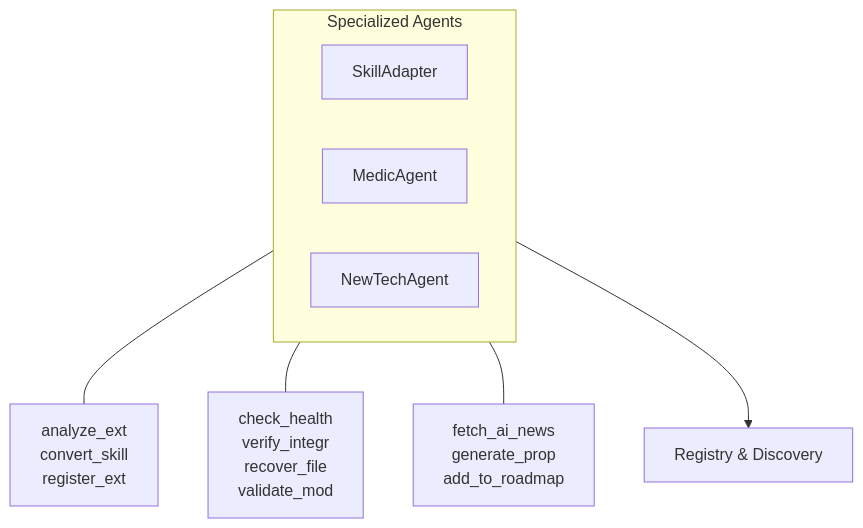
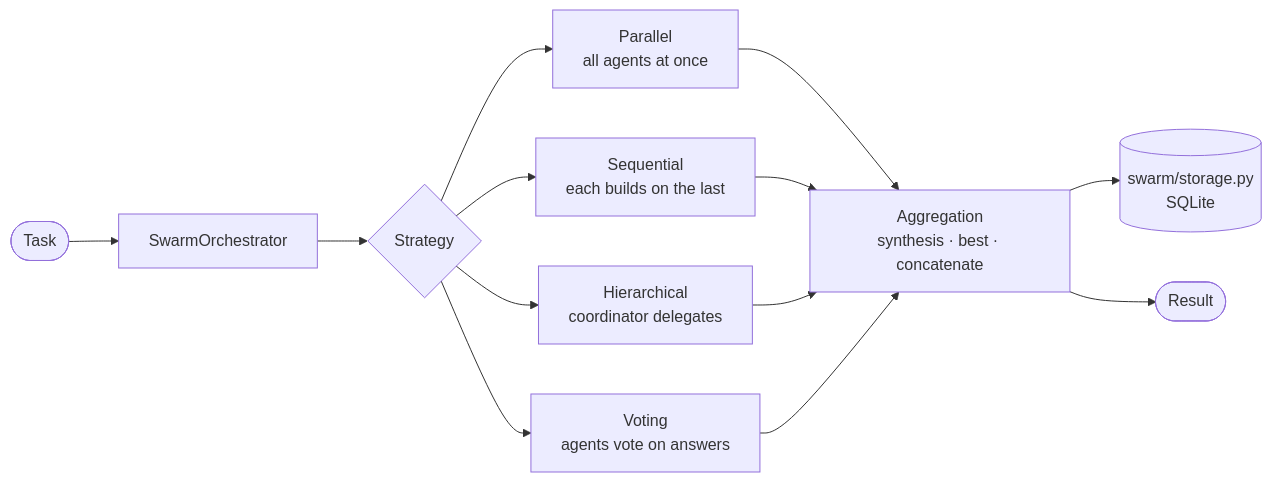
The sixth of 11 diagrams in docs/architecture_diagram.md (adrianx26/zensynora), drawn with Mermaid before and after one commit. The commit also changed other lines of this file and 153 other files, not shown here.

````diff
--- a/docs/architecture_diagram.md
+++ b/docs/architecture_diagram.md
@@ -78,15 +224,12 @@
 ```mermaid
-flowchart TB
-    subgraph Agents ["Specialized Agents"]
-        direction LR
-        SA["SkillAdapter"]
-        MA["MedicAgent"]
-        NTA["NewTechAgent"]
-    end
-
-    SA --- SA_Tools["analyze_ext<br/>convert_skill<br/>register_ext"]
-    MA --- MA_Tools["check_health<br/>verify_integr<br/>recover_file<br/>validate_mod"]
-    NTA --- NTA_Tools["fetch_ai_news<br/>generate_prop<br/>add_to_roadmap"]
-
-    Agents --> Registry["Registry & Discovery"]
+flowchart LR
+    task(["Task"]) --> orch["SwarmOrchestrator"]
+    orch --> strat{"Strategy"}
+    strat --> p["Parallel<br/>all agents at once"]
+    strat --> s["Sequential<br/>each builds on the last"]
+    strat --> h["Hierarchical<br/>coordinator delegates"]
+    strat --> v["Voting<br/>agents vote on answers"]
+    p & s & h & v --> agg["Aggregation<br/>synthesis · best · concatenate"]
+    agg --> store[("swarm/storage.py<br/>SQLite")]
+    agg --> result(["Result"])
 ```
````
